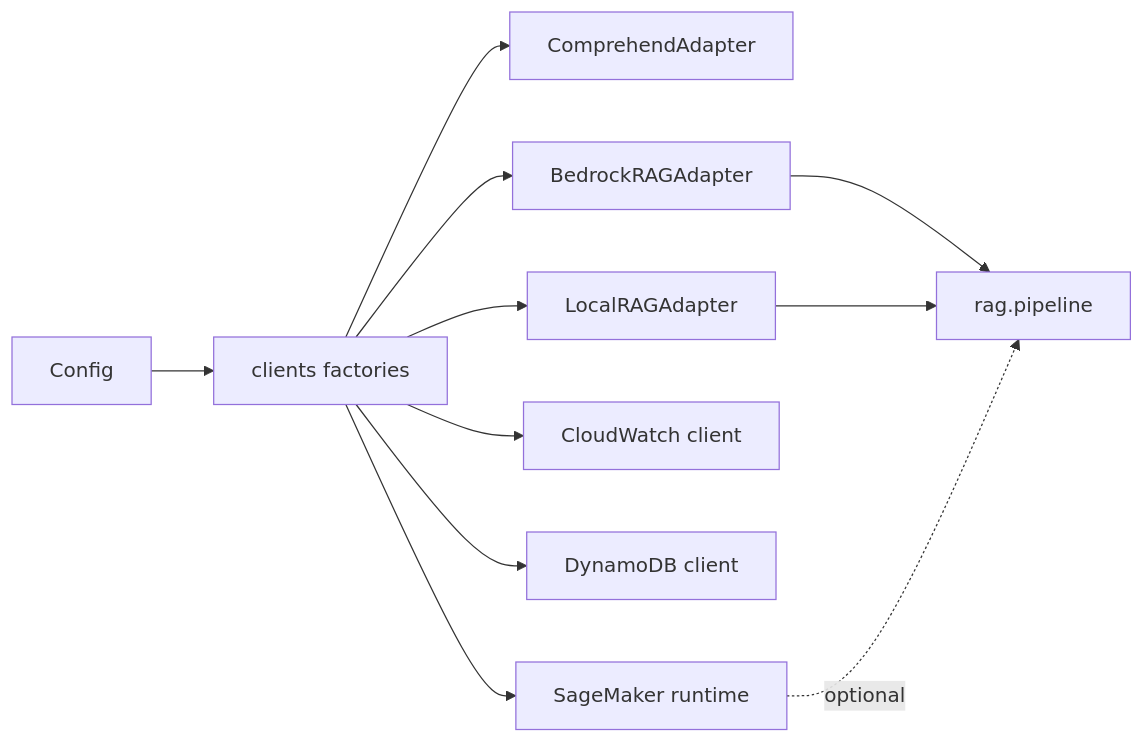
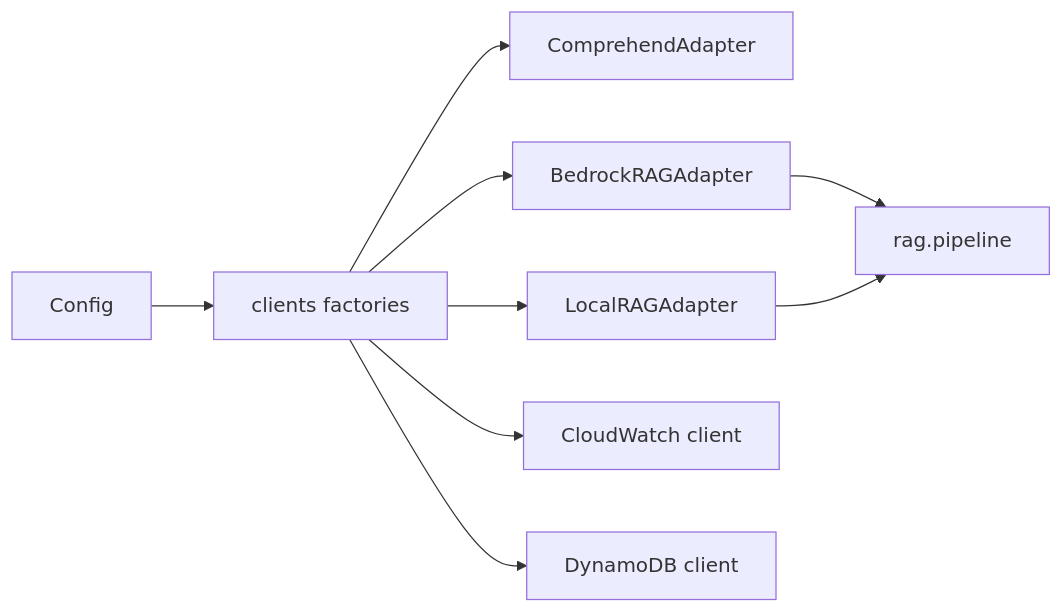
One commit to davenjeru/haki-ai changed the diagram in backend/clients/CLAUDE.md. Above: the diagram before and after it, drawn with Mermaid. The commit also changed other lines of this file and 38 other files, not shown here.

First line of the commit message:
chore: remove web-scraping + FAQ agent + SageMaker fine-tuning

````diff
--- a/backend/clients/CLAUDE.md
+++ b/backend/clients/CLAUDE.md
@@ -25,13 +24,11 @@
 ```mermaid
 flowchart LR
   cfg[Config] --> f[clients factories]
   f --> comp[ComprehendAdapter]
   f --> br[BedrockRAGAdapter]
   f --> lo[LocalRAGAdapter]
   f --> cw[CloudWatch client]
   f --> ddb[DynamoDB client]
-  f --> sm[SageMaker runtime]
   br --> rag[rag.pipeline]
   lo --> rag
-  sm -.optional.-> rag
 ```
````
